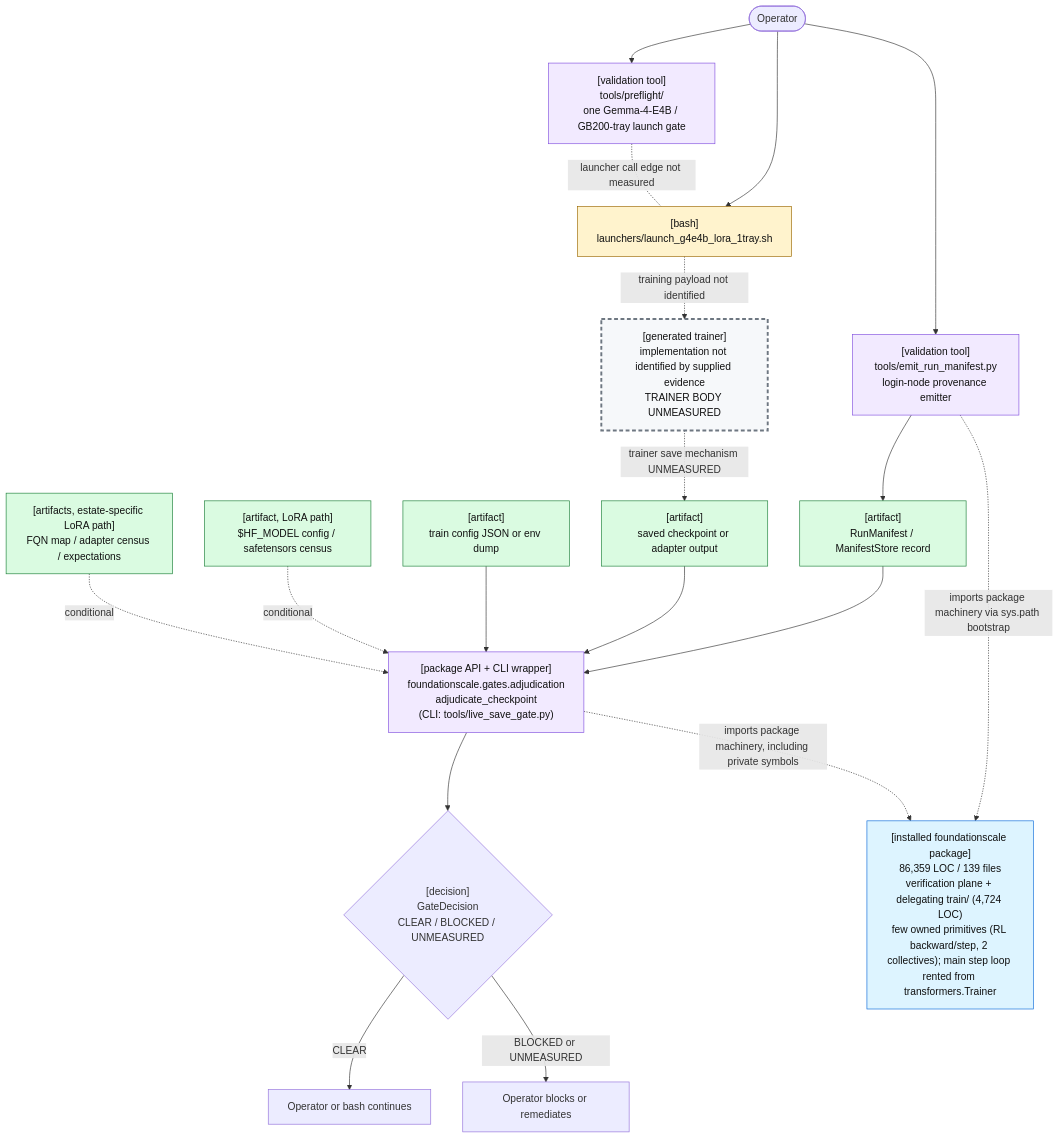
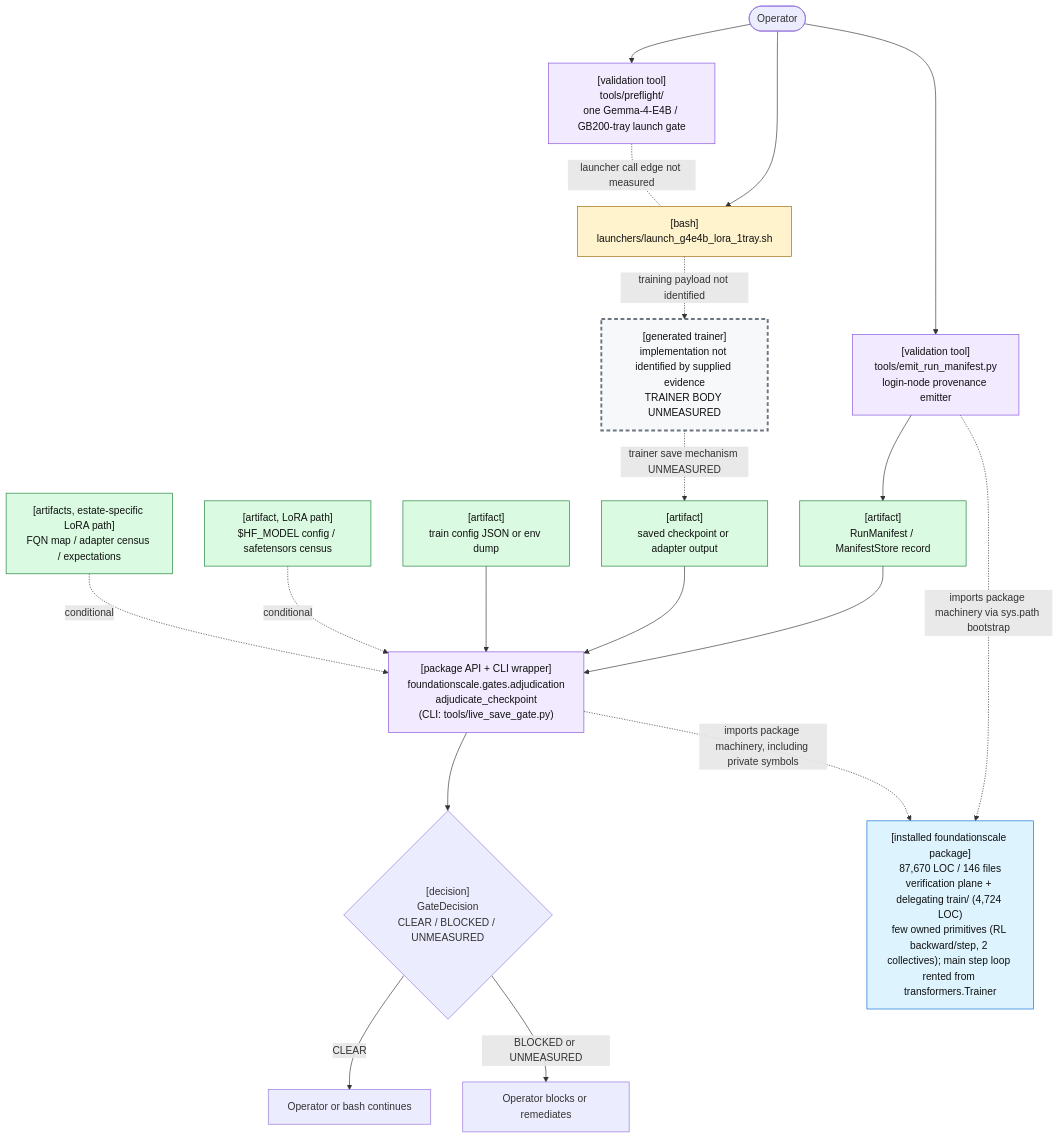
The first of 2 diagrams in docs/review/D2_current_architecture.md (TranNhiem/FoundationScale), drawn with Mermaid before and after one commit. The commit also changed other lines of this file and 10 other files, not shown here.

````diff
--- a/docs/review/D2_current_architecture.md
+++ b/docs/review/D2_current_architecture.md
@@ -25,59 +25,59 @@
 ```mermaid
 flowchart TB
   O(["Operator"])
 
   PF["[validation tool]<br/>tools/preflight/<br/>one Gemma-4-E4B / GB200-tray launch gate"]
   L["[bash]<br/>launchers/launch_g4e4b_lora_1tray.sh"]
 
   E["[validation tool]<br/>tools/emit_run_manifest.py<br/>login-node provenance emitter"]
   M["[artifact]<br/>RunManifest / ManifestStore record"]
 
   T["[generated trainer]<br/>implementation not identified by supplied evidence<br/>TRAINER BODY UNMEASURED"]
   C["[artifact]<br/>saved checkpoint or adapter output"]
 
   G["[package API + CLI wrapper]<br/>foundationscale.gates.adjudication<br/>adjudicate_checkpoint<br/>(CLI: tools/live_save_gate.py)"]
   CFG["[artifact]<br/>train config JSON or env dump"]
   BASE["[artifact, LoRA path]<br/>$HF_MODEL config / safetensors census"]
   CEN["[artifacts, estate-specific LoRA path]<br/>FQN map / adapter census / expectations"]
 
   D{"[decision]<br/>GateDecision<br/>CLEAR / BLOCKED / UNMEASURED"}
   OK["Operator or bash continues"]
   NO["Operator blocks or remediates"]
 
-  PKG["[installed foundationscale package]<br/>86,359 LOC / 139 files<br/>verification plane + delegating train/ (4,724 LOC)<br/>few owned primitives (RL backward/step, 2 collectives); main step loop rented from transformers.Trainer"]
+  PKG["[installed foundationscale package]<br/>87,670 LOC / 146 files<br/>verification plane + delegating train/ (4,724 LOC)<br/>few owned primitives (RL backward/step, 2 collectives); main step loop rented from transformers.Trainer"]
 
   O --> PF
   O --> L
   PF -. "launcher call edge not measured" .- L
 
   O --> E
   E --> M
 
   L -. "training payload not identified" .-> T
   T -. "trainer save mechanism UNMEASURED" .-> C
 
   M --> G
   C --> G
   CFG --> G
   BASE -. "conditional" .-> G
   CEN -. "conditional" .-> G
 
   E -. "imports package machinery via sys.path bootstrap" .-> PKG
   G -. "imports package machinery, including private symbols" .-> PKG
 
   G --> D
   D -->|"CLEAR"| OK
   D -->|"BLOCKED or UNMEASURED"| NO
 
   classDef bash fill:#fff3cd,stroke:#9a6700,color:#111;
   classDef tool fill:#f2eaff,stroke:#8250df,color:#111;
   classDef artifact fill:#dafbe1,stroke:#1a7f37,color:#111;
   classDef gap fill:#f6f8fa,stroke:#6e7781,stroke-width:3px,stroke-dasharray: 6 4,color:#111;
   classDef pkg fill:#ddf4ff,stroke:#0969da,color:#111;
 
   class L bash;
   class PF,E,G tool;
   class M,C,CFG,BASE,CEN artifact;
   class T gap;
   class PKG pkg;
 ```
````
